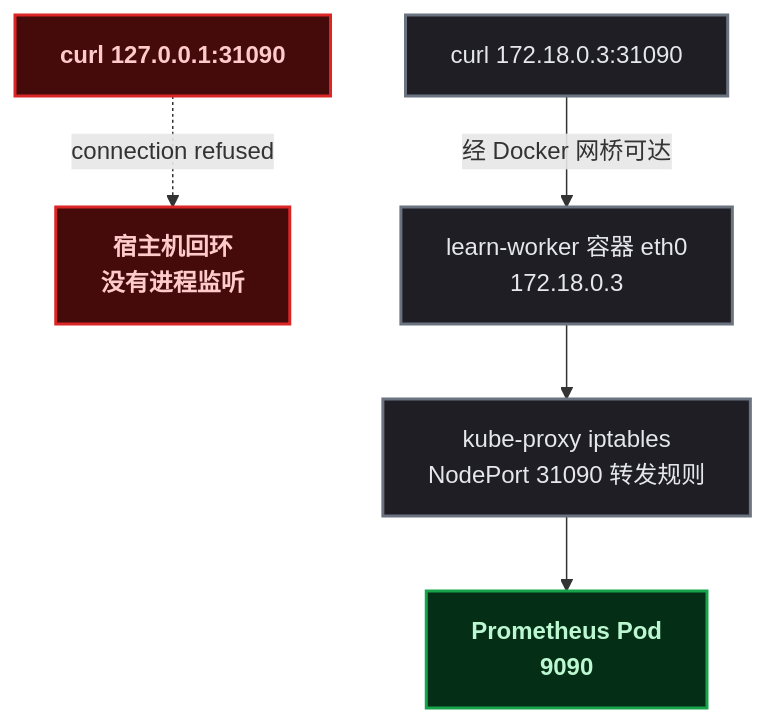
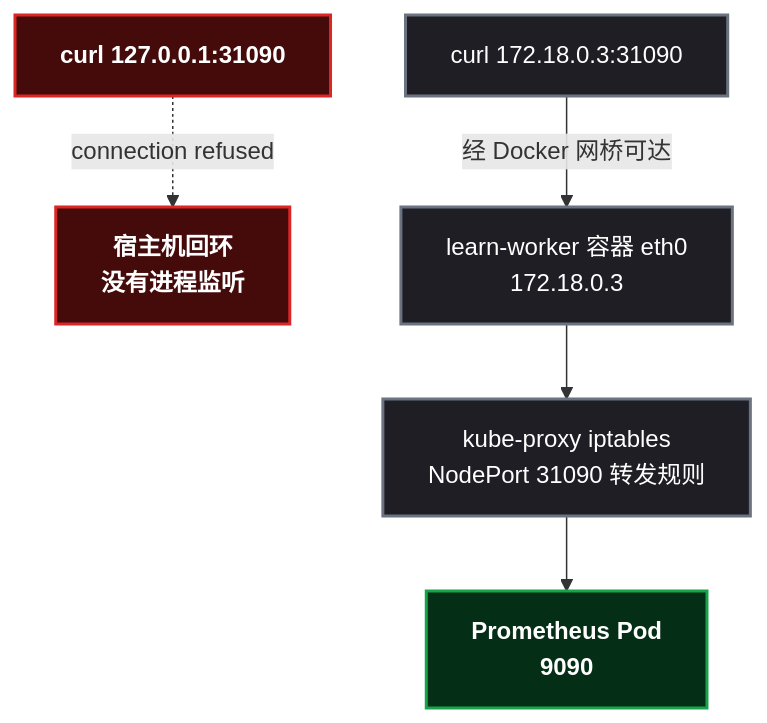
Before and after one commit to yaocat55/yaocat55.github.io: the second of 3 diagrams in content/posts/kubernetes/K8sObservabilityPractice.md, drawn with Mermaid. The commit also changed other lines of this file and 27 other files, not shown here.

Commit message:
docs: 全系列 93 张 Mermaid 图 classDef 改为 style 强制深底白字(修复部分渲染器白底浅字)+历史文件格式清理

````diff
--- a/content/posts/kubernetes/K8sObservabilityPractice.md
+++ b/content/posts/kubernetes/K8sObservabilityPractice.md
@@ -326,22 +324,21 @@
 ```mermaid
 %% 为什么 127.0.0.1:31090 拒连: kind 节点是独立网络命名空间的容器
 flowchart TD
-    classDef reject fill:#450a0a,stroke:#dc2626,stroke-width:2px,color:#fecaca,font-weight:bold;
-    classDef process fill:#1e1e24,stroke:#6b7280,stroke-width:2px,color:#e5e7eb;
-    classDef data fill:#052e16,stroke:#16a34a,stroke-width:2px,color:#bbf7d0,font-weight:bold;
 
     CMD1["curl 127.0.0.1:31090"]
     CMD2["curl 172.18.0.3:31090"]
     LOOP["宿主机回环\n没有进程监听"]
     ETH["learn-worker 容器 eth0\n172.18.0.3"]
     KPROXY["kube-proxy iptables\nNodePort 31090 转发规则"]
     PODN["Prometheus Pod\n9090"]
 
     CMD1 -.->|"connection refused"| LOOP
     CMD2 -->|"经 Docker 网桥可达"| ETH
     ETH --> KPROXY --> PODN
-
-    class CMD1,LOOP reject;
-    class CMD2,ETH,KPROXY process;
-    class PODN data;
+    style CMD1 fill:#450a0a,stroke:#dc2626,stroke-width:2px,color:#ffffff,font-weight:bold
+    style LOOP fill:#450a0a,stroke:#dc2626,stroke-width:2px,color:#ffffff,font-weight:bold
+    style CMD2 fill:#1e1e24,stroke:#6b7280,stroke-width:2px,color:#ffffff
+    style ETH fill:#1e1e24,stroke:#6b7280,stroke-width:2px,color:#ffffff
+    style KPROXY fill:#1e1e24,stroke:#6b7280,stroke-width:2px,color:#ffffff
+    style PODN fill:#052e16,stroke:#16a34a,stroke-width:2px,color:#ffffff,font-weight:bold
 ```
````
